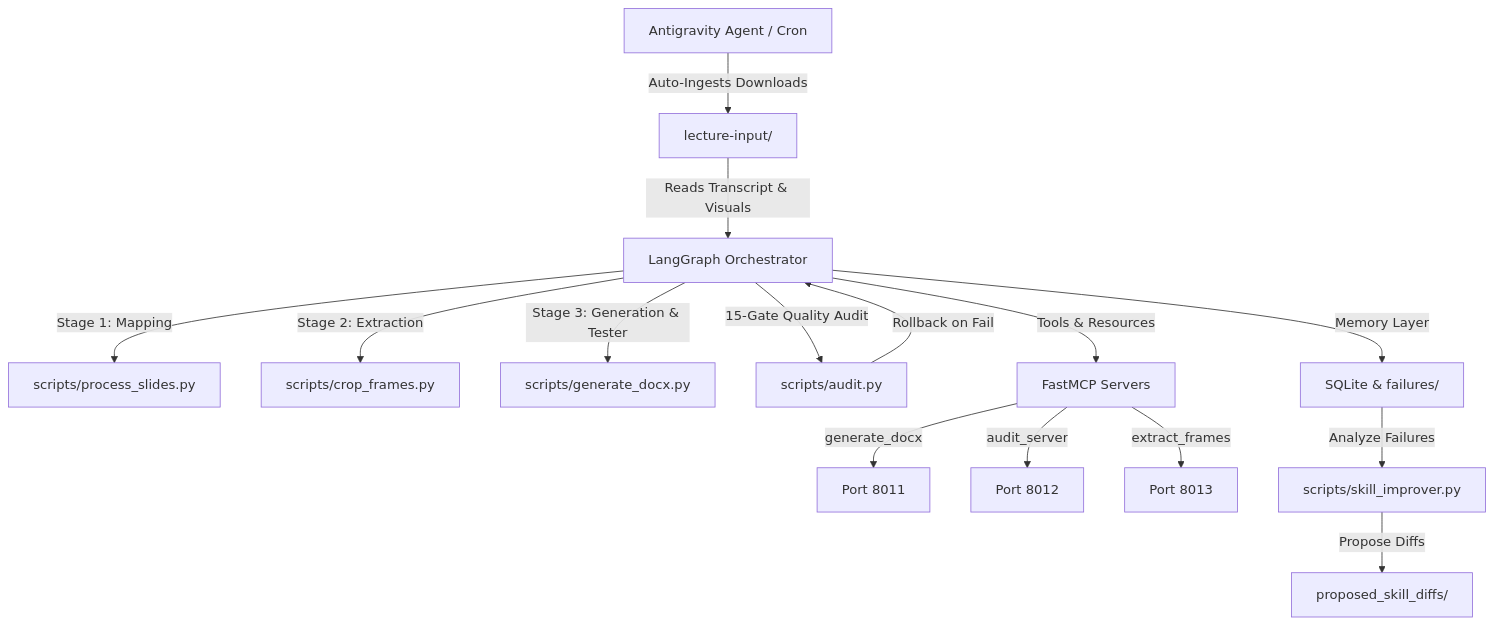
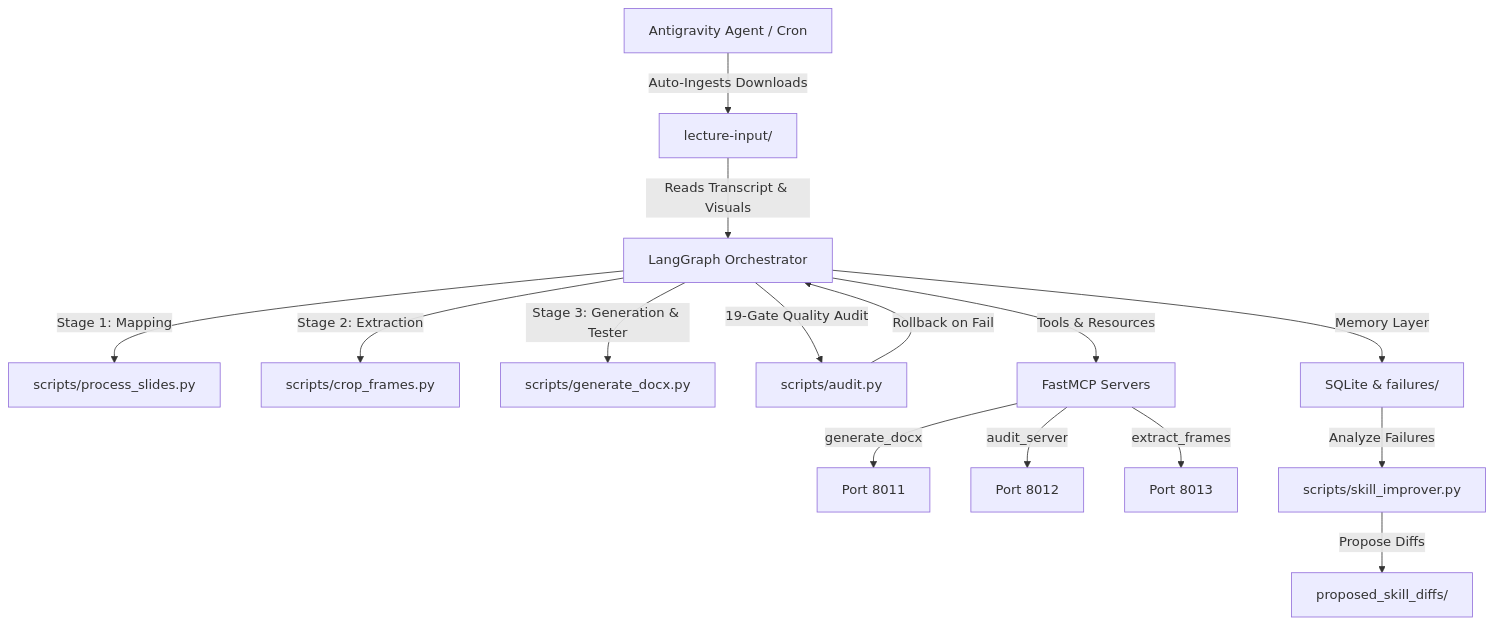
One commit to mahadiktejas2003/agentic-lecture-notes changed the diagram in README.md. Above: the diagram before and after it, drawn with Mermaid. The commit also changed other lines of this file and 406 other files, not shown here.

Commit message:
feat: rewire note formatting, dynamic image verification, Gate 25 audit integration, and context-bounded revision note summarizer

````diff
--- a/README.md
+++ b/README.md
@@ -7,21 +7,21 @@
 ```mermaid
 graph TD
     A[Antigravity Agent / Cron] -->|Auto-Ingests Downloads| B[lecture-input/]
     B -->|Reads Transcript & Visuals| C[LangGraph Orchestrator]
     
     C -->|Stage 1: Mapping| D[scripts/process_slides.py]
     C -->|Stage 2: Extraction| E[scripts/crop_frames.py]
     C -->|Stage 3: Generation & Tester| F[scripts/generate_docx.py]
     
-    C -->|15-Gate Quality Audit| G[scripts/audit.py]
+    C -->|19-Gate Quality Audit| G[scripts/audit.py]
     G -->|Rollback on Fail| C
     
     C -->|Tools & Resources| H[FastMCP Servers]
     H -->|generate_docx| I[Port 8011]
     H -->|audit_server| J[Port 8012]
     H -->|extract_frames| K[Port 8013]
     
     C -->|Memory Layer| L[SQLite & failures/]
     L -->|Analyze Failures| M[scripts/skill_improver.py]
     M -->|Propose Diffs| N[proposed_skill_diffs/]
 ```
````
